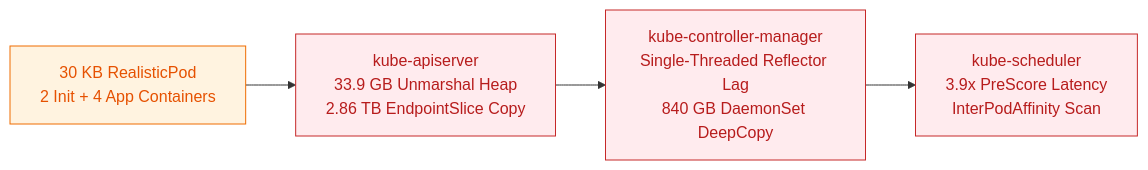
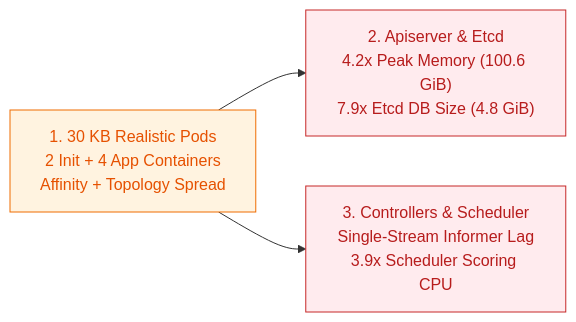
Before and after one commit to Jefftree/kubelite: the diagram in studies/2026-10-08-30kb-realistic-pod-scaling.md, drawn with Mermaid. The commit also changed other lines of this file and 4 other files, not shown here.

````diff
--- a/studies/2026-10-08-30kb-realistic-pod-scaling.md
+++ b/studies/2026-10-08-30kb-realistic-pod-scaling.md
@@ -9,11 +11,10 @@
 ```mermaid
 flowchart LR
-    Pod30K["30 KB RealisticPod<br/>2 Init + 4 App Containers"] --> API["kube-apiserver<br/>33.9 GB Unmarshal Heap<br/>2.86 TB EndpointSlice Copy"]
-    API --> KCM["kube-controller-manager<br/>Single-Threaded Reflector Lag<br/>840 GB DaemonSet DeepCopy"]
-    KCM --> Sched["kube-scheduler<br/>3.9x PreScore Latency<br/>InterPodAffinity Scan"]
+    Pod30K["1. 30 KB Realistic Pods<br/>2 Init + 4 App Containers<br/>Affinity + Topology Spread"] --> API["2. Apiserver & Etcd<br/>4.2x Peak Memory (100.6 GiB)<br/>7.9x Etcd DB Size (4.8 GiB)"]
+    Pod30K --> Ctrl["3. Controllers & Scheduler<br/>Single-Stream Informer Lag<br/>3.9x Scheduler Scoring CPU"]
 
+    classDef orange fill:#fff3e0,stroke:#ef6c00,color:#e65100
     classDef red fill:#ffebee,stroke:#c62828,color:#b71c1c
-    classDef orange fill:#fff3e0,stroke:#ef6c00,color:#e65100
     class Pod30K orange
-    class API,KCM,Sched red
+    class API,Ctrl red
 ```
````
